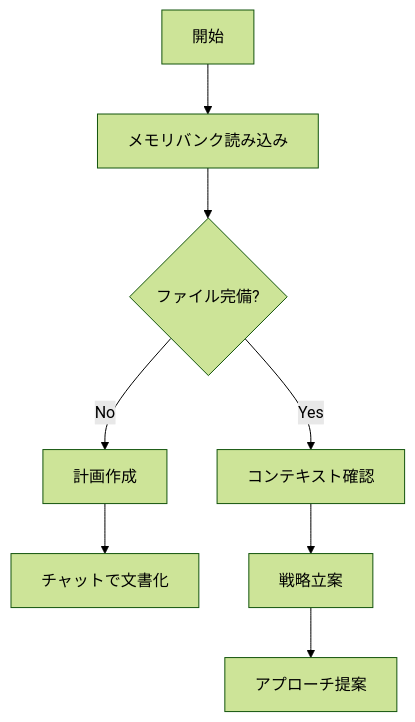
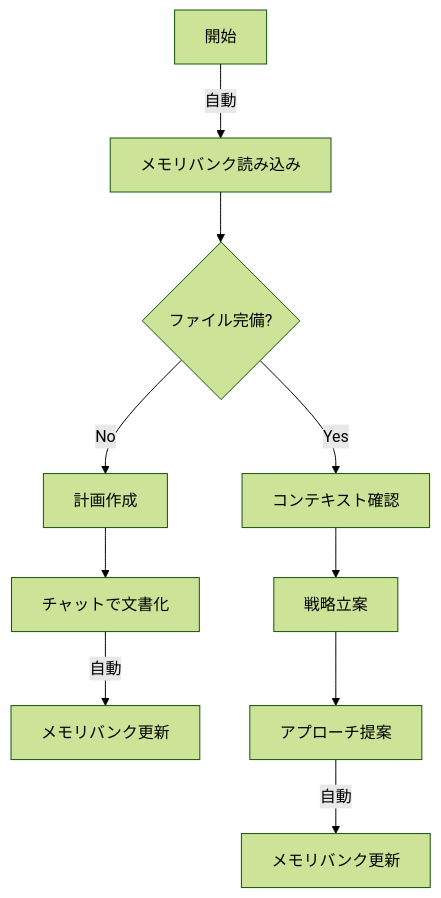
The third of 6 diagrams in Tips/cursor-memory-bank-guide.md (u10-github/mcp-servers-config), drawn with Mermaid (forest theme) before and after one commit. The commit also changed other lines of this file, not shown here.

````diff
--- a/Tips/cursor-memory-bank-guide.md
+++ b/Tips/cursor-memory-bank-guide.md
@@ -123,12 +148,14 @@
 ```mermaid
 flowchart TD
-    Start[開始] --> ReadFiles[メモリバンク読み込み]
+    Start[開始] -->|自動| ReadFiles[メモリバンク読み込み]
     ReadFiles --> CheckFiles{ファイル完備?}
     
     CheckFiles -->|No| Plan[計画作成]
     Plan --> Document[チャットで文書化]
+    Document -->|自動| Update1[メモリバンク更新]
     
     CheckFiles -->|Yes| Verify[コンテキスト確認]
     Verify --> Strategy[戦略立案]
     Strategy --> Present[アプローチ提案]
+    Present -->|自動| Update2[メモリバンク更新]
 ```
````
